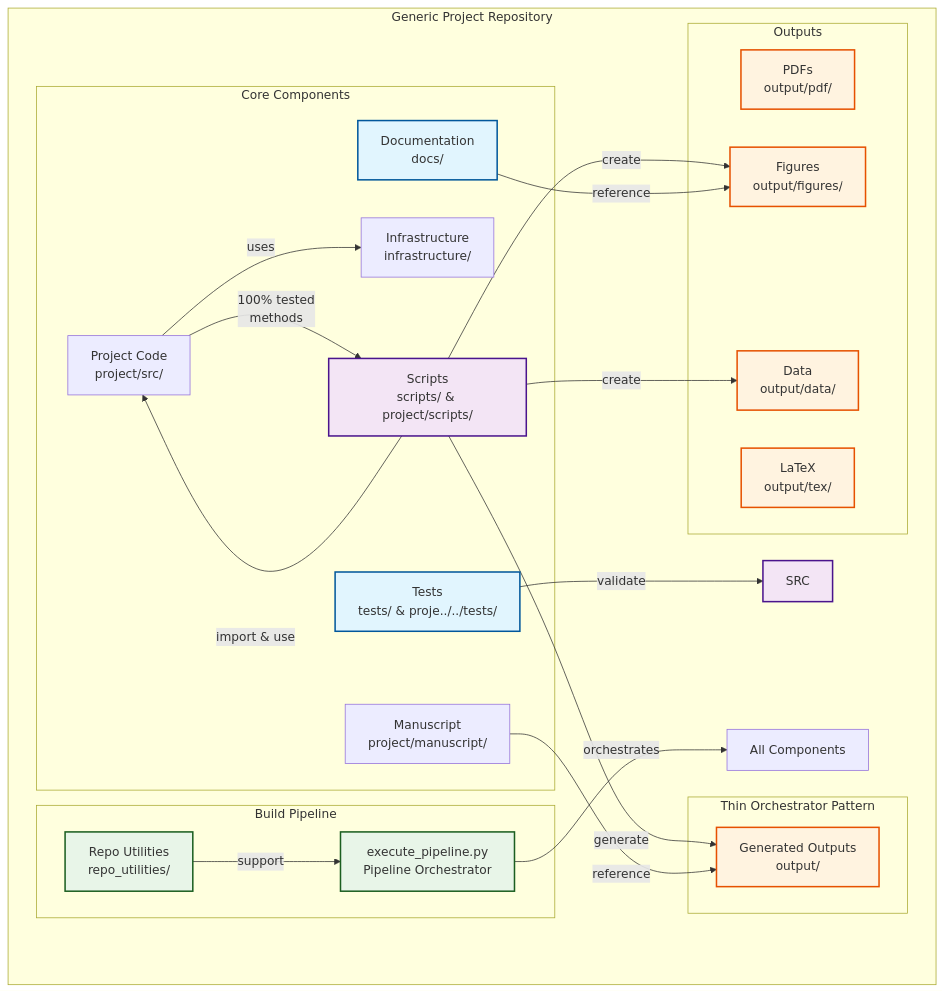
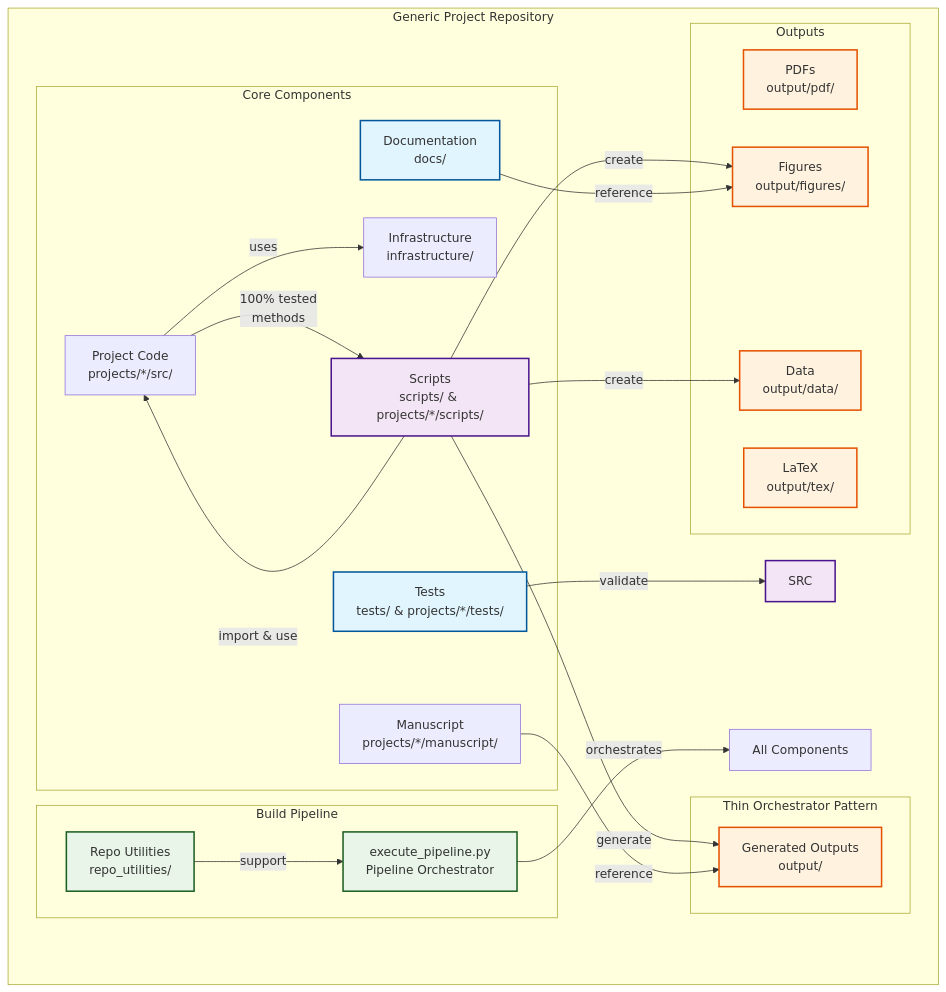
The first of 4 diagrams in docs/core/ARCHITECTURE.md (docxology/template), drawn with Mermaid before and after one commit. The commit also changed 20 other files, not shown here.

````diff
--- a/docs/core/ARCHITECTURE.md
+++ b/docs/core/ARCHITECTURE.md
@@ -26,51 +26,51 @@
 ```mermaid
 graph TB
     subgraph "Generic Project Repository"
         subgraph "Core Components"
             INFRA[Infrastructure<br/>infrastructure/]
-            PROJECT[Project Code<br/>project/src/]
-            TESTS[Tests<br/>tests/ & proje../../tests/]
-            SCRIPTS[Scripts<br/>scripts/ & project/scripts/]
+            PROJECT[Project Code<br/>projects/*/src/]
+            TESTS[Tests<br/>tests/ & projects/*/tests/]
+            SCRIPTS[Scripts<br/>scripts/ & projects/*/scripts/]
             MD[Documentation<br/>docs/]
-            MANUSCRIPT[Manuscript<br/>project/manuscript/]
+            MANUSCRIPT[Manuscript<br/>projects/*/manuscript/]
         end
 
         subgraph "Thin Orchestrator Pattern"
             PROJECT -->|"100% tested<br/>methods"| SCRIPTS
             SCRIPTS -->|"import & use"| PROJECT
             PROJECT -->|"uses"| INFRA
             SCRIPTS -->|"generate"| OUTPUTS
             MANUSCRIPT -->|"reference"| OUTPUTS
         end
 
         subgraph "Build Pipeline"
             REPO_UTILS[Repo Utilities<br/>repo_utilities/]
             RENDER[execute_pipeline.py<br/>Pipeline Orchestrator]
         end
 
         subgraph "Outputs"
             OUTPUTS[Generated Outputs<br/>output/]
             PDFS[PDFs<br/>output/pdf/]
             FIGS[Figures<br/>output/figures/]
             DATA[Data<br/>output/data/]
             TEX[LaTeX<br/>output/tex/]
         end
 
         TESTS -->|"validate"| SRC
         SCRIPTS -->|"create"| FIGS
         SCRIPTS -->|"create"| DATA
         MD -->|"reference"| FIGS
         RENDER -->|"orchestrates"| ALL[All Components]
         REPO_UTILS -->|"support"| RENDER
     end
 
     classDef core fill:#e1f5fe,stroke:#01579b,stroke-width:2px
     classDef pattern fill:#f3e5f5,stroke:#4a148c,stroke-width:2px
     classDef pipeline fill:#e8f5e8,stroke:#1b5e20,stroke-width:2px
     classDef outputs fill:#fff3e0,stroke:#e65100,stroke-width:2px
 
     class SRC,TESTS,SCRIPTS,MD core
     class SRC,SCRIPTS pattern
     class REPO_UTILS,RENDER pipeline
     class OUTPUTS,PDFS,FIGS,DATA,TEX outputs
 ```
````
